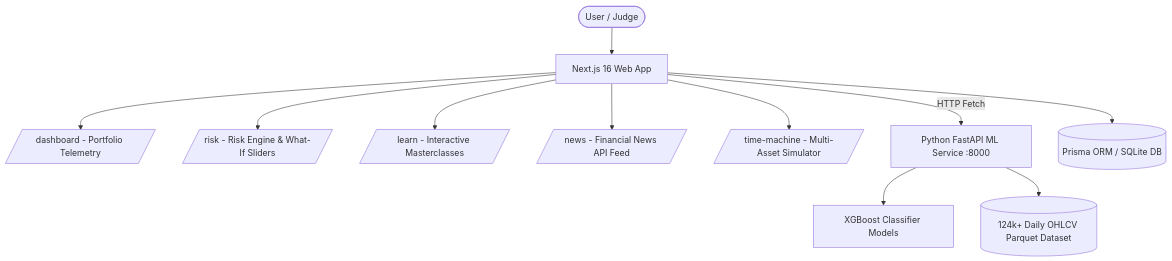
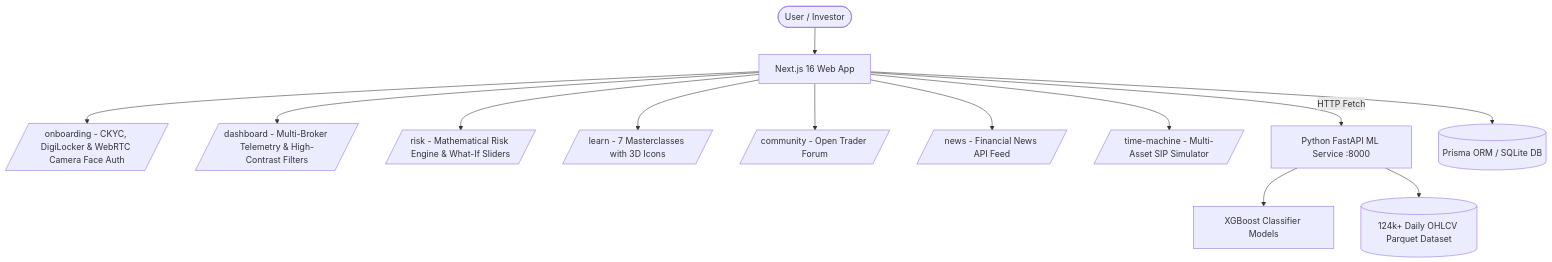
Before and after one commit to aadiitya2007/Hack_On_Tracks: the diagram in README.md, drawn with Mermaid. The commit also changed other lines of this file, not shown here.

Commit message:
docs: update repository README with full onboarding, CKYC, face auth, 3D masterclass icons, high contrast dashboard filters, and community portal architecture

````diff
--- a/README.md
+++ b/README.md
@@ -86,15 +117,17 @@
 ```mermaid
 flowchart TD
-    User([User / Judge]) --> NextJS[Next.js 16 Web App]
-    NextJS --> Dashboard[/dashboard - Portfolio Telemetry/]
-    NextJS --> Risk[/risk - Risk Engine & What-If Sliders/]
-    NextJS --> Learn[/learn - Interactive Masterclasses/]
+    User([User / Investor]) --> NextJS[Next.js 16 Web App]
+    NextJS --> Onboarding[/onboarding - CKYC, DigiLocker & WebRTC Camera Face Auth/]
+    NextJS --> Dashboard[/dashboard - Multi-Broker Telemetry & High-Contrast Filters/]
+    NextJS --> Risk[/risk - Mathematical Risk Engine & What-If Sliders/]
+    NextJS --> Learn[/learn - 7 Masterclasses with 3D Icons/]
+    NextJS --> Community[/community - Open Trader Forum/]
     NextJS --> News[/news - Financial News API Feed/]
-    NextJS --> TimeMachine[/time-machine - Multi-Asset Simulator/]
+    NextJS --> TimeMachine[/time-machine - Multi-Asset SIP Simulator/]
     
     NextJS -->|HTTP Fetch| FastAPI[Python FastAPI ML Service :8000]
     FastAPI --> XGBoost[XGBoost Classifier Models]
     FastAPI --> Parquet[(124k+ Daily OHLCV Parquet Dataset)]
     
     NextJS --> Prisma[(Prisma ORM / SQLite DB)]
 ```
````
